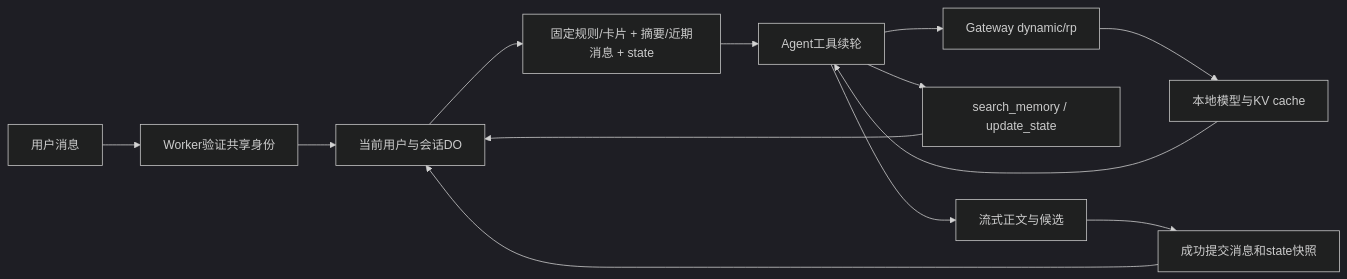
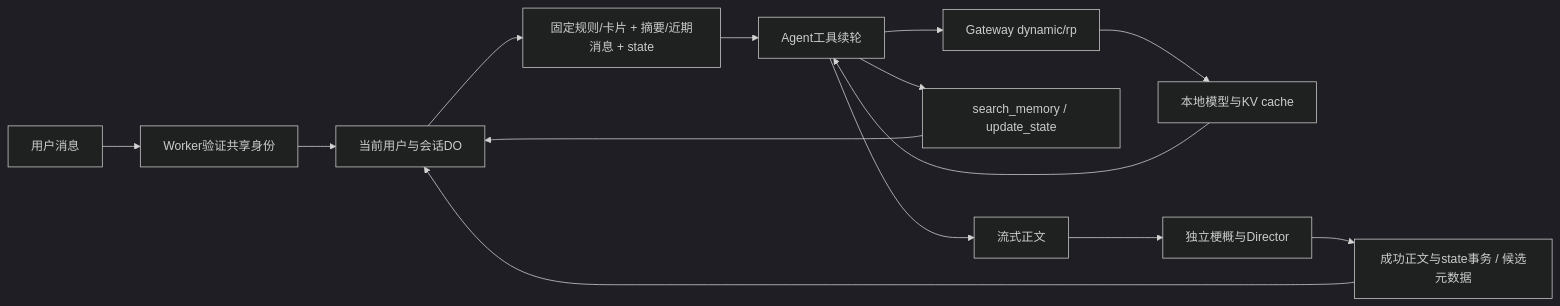
One commit to hasbai/financial changed the diagram in docs/TAVERN-AGENT-PLAN.md. Above: the diagram before and after it, drawn with Mermaid (dark theme). The commit also changed other lines of this file and 7 other files, not shown here.

````diff
--- a/docs/TAVERN-AGENT-PLAN.md
+++ b/docs/TAVERN-AGENT-PLAN.md
@@ -100,15 +123,16 @@
 ```mermaid
 flowchart LR
   U[用户消息] --> W[Worker验证共享身份]
   W --> S[当前用户与会话DO]
   S --> P[固定规则/卡片 + 摘要/近期消息 + state]
   P --> L[Agent工具续轮]
   L --> G[Gateway dynamic/rp]
   G --> M[本地模型与KV cache]
   M --> L
   L --> T[search_memory / update_state]
   T --> S
-  L --> R[流式正文与候选]
-  R --> C[成功提交消息和state快照]
+  L --> R[流式正文]
+  R --> D[独立梗概与Director]
+  D --> C[成功正文与state事务 / 候选元数据]
   C --> S
 ```
````
